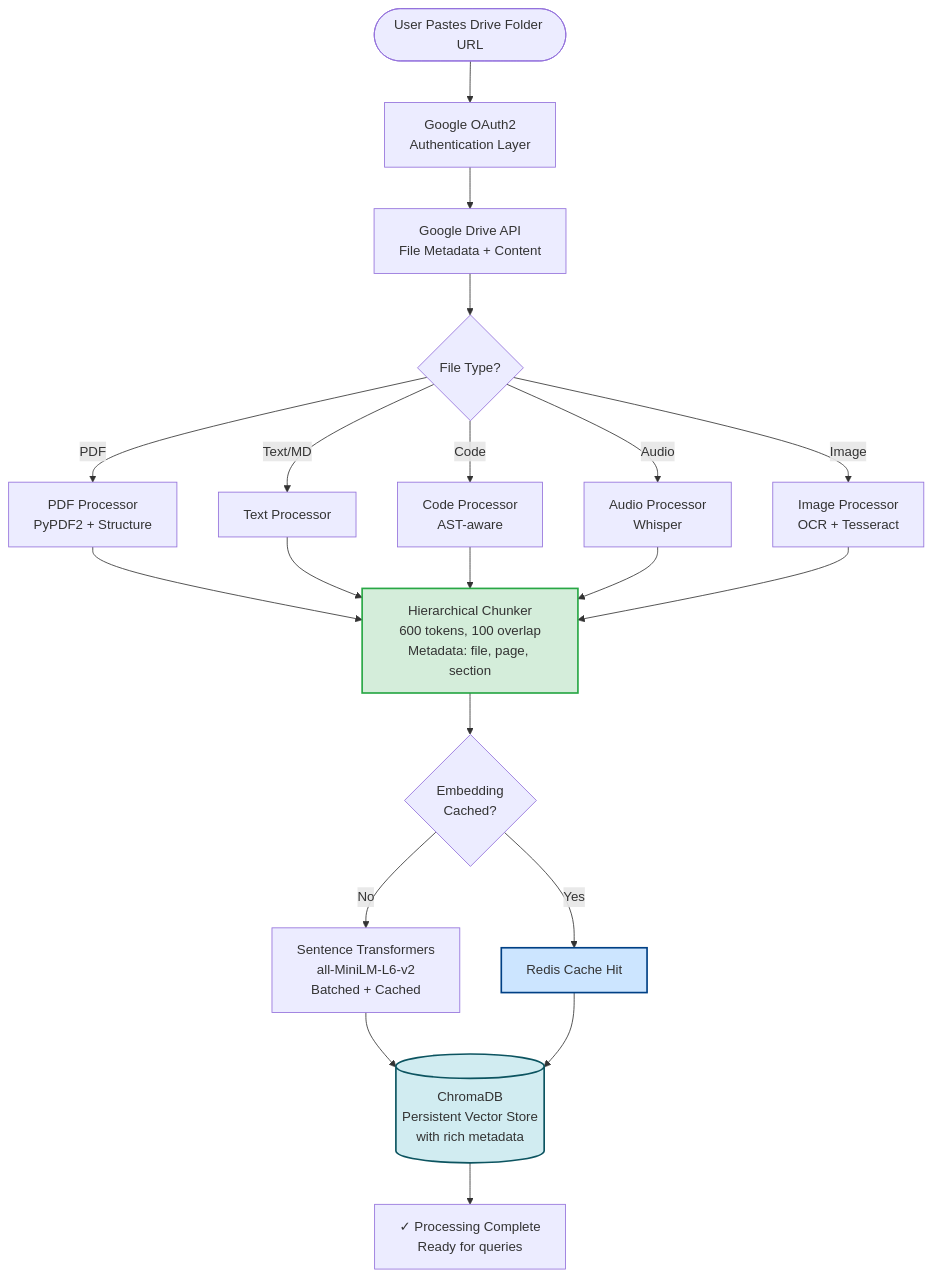
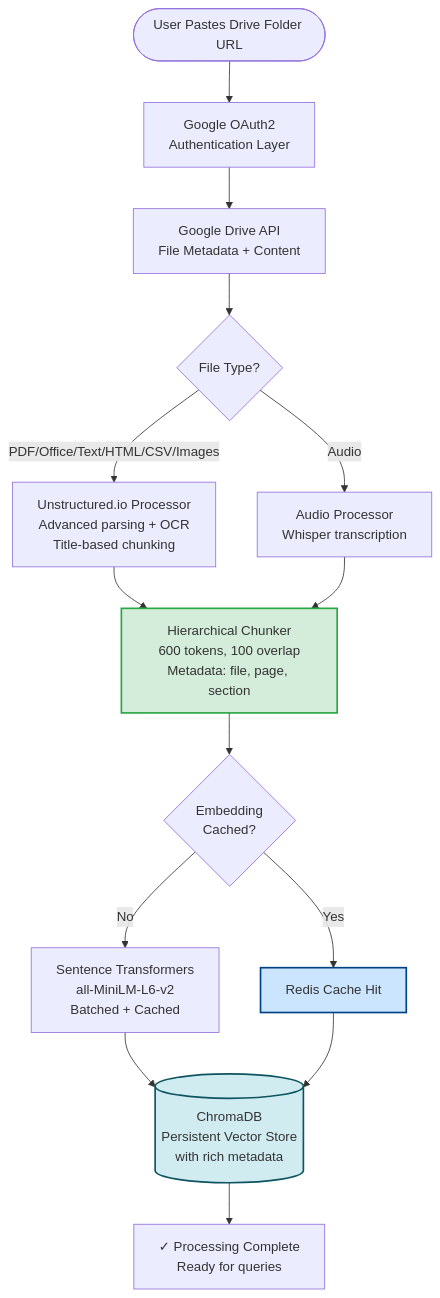
One commit to arpan1221/Foldex changed the third of 5 diagrams in README.md. Above: the diagram before and after it, drawn with Mermaid. The commit also changed other lines of this file and 1 other file, not shown here.

````diff
--- a/README.md
+++ b/README.md
@@ -153,35 +152,29 @@
 ```mermaid
 flowchart TD
     Start([User Pastes Drive Folder URL]) --> Auth[Google OAuth2<br/>Authentication Layer]
     Auth --> Fetch[Google Drive API<br/>File Metadata + Content]
     
     Fetch --> FileType{File Type?}
     
-    FileType -->|PDF| PDFProc[PDF Processor<br/>PyPDF2 + Structure]
-    FileType -->|Text/MD| TextProc[Text Processor]
-    FileType -->|Code| CodeProc[Code Processor<br/>AST-aware]
-    FileType -->|Audio| AudioProc[Audio Processor<br/>Whisper]
-    FileType -->|Image| ImageProc[Image Processor<br/>OCR + Tesseract]
+    FileType -->|PDF/Office/Text/HTML/CSV/Images| UnstructuredProc[Unstructured.io Processor<br/>Advanced parsing + OCR<br/>Title-based chunking]
+    FileType -->|Audio| AudioProc[Audio Processor<br/>Whisper transcription]
     
-    PDFProc --> Chunker[Hierarchical Chunker<br/>600 tokens, 100 overlap<br/>Metadata: file, page, section]
-    TextProc --> Chunker
-    CodeProc --> Chunker
+    UnstructuredProc --> Chunker[Hierarchical Chunker<br/>600 tokens, 100 overlap<br/>Metadata: file, page, section]
     AudioProc --> Chunker
-    ImageProc --> Chunker
     
     Chunker --> Cache{Embedding<br/>Cached?}
     
     Cache -->|No| Embed[Sentence Transformers<br/>all-MiniLM-L6-v2<br/>Batched + Cached]
     Cache -->|Yes| CacheHit[Redis Cache Hit]
     
     Embed --> VectorDB
     CacheHit --> VectorDB
     
     VectorDB[(ChromaDB<br/>Persistent Vector Store<br/>with rich metadata)]
     
     VectorDB --> Complete[✓ Processing Complete<br/>Ready for queries]
     
     style Chunker fill:#d4edda,stroke:#28a745,stroke-width:2px
     style CacheHit fill:#cce5ff,stroke:#004085,stroke-width:2px
     style VectorDB fill:#d1ecf1,stroke:#0c5460,stroke-width:2px
 ```
````
